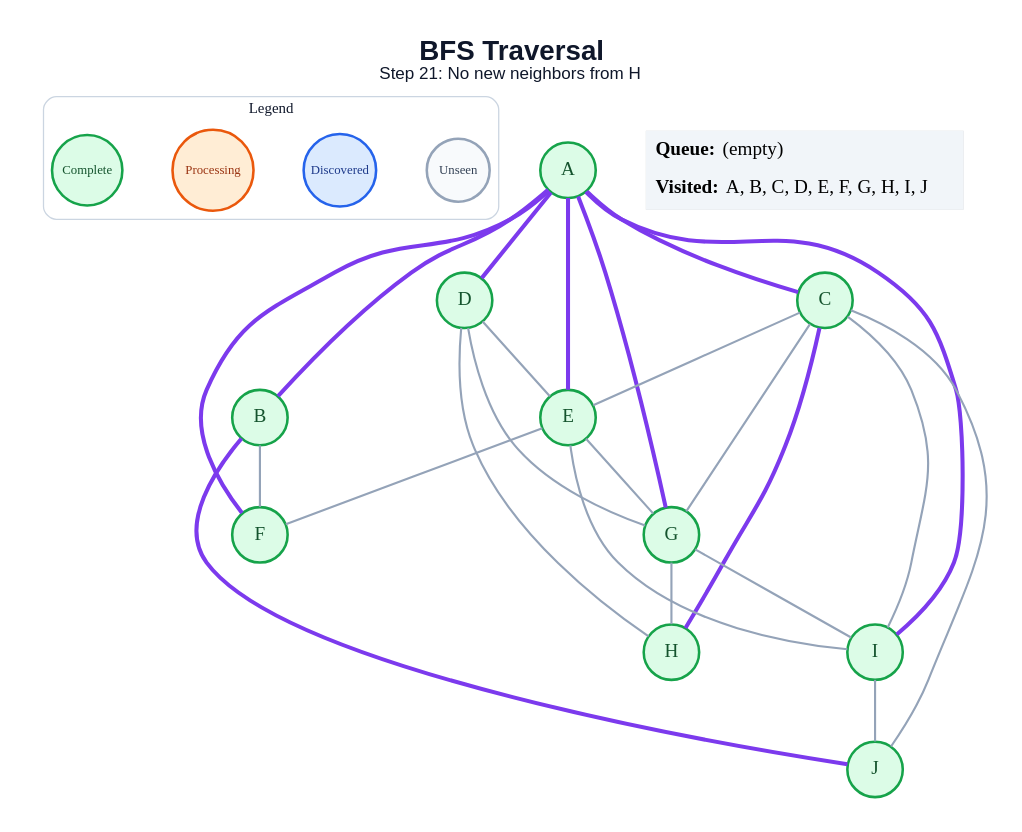
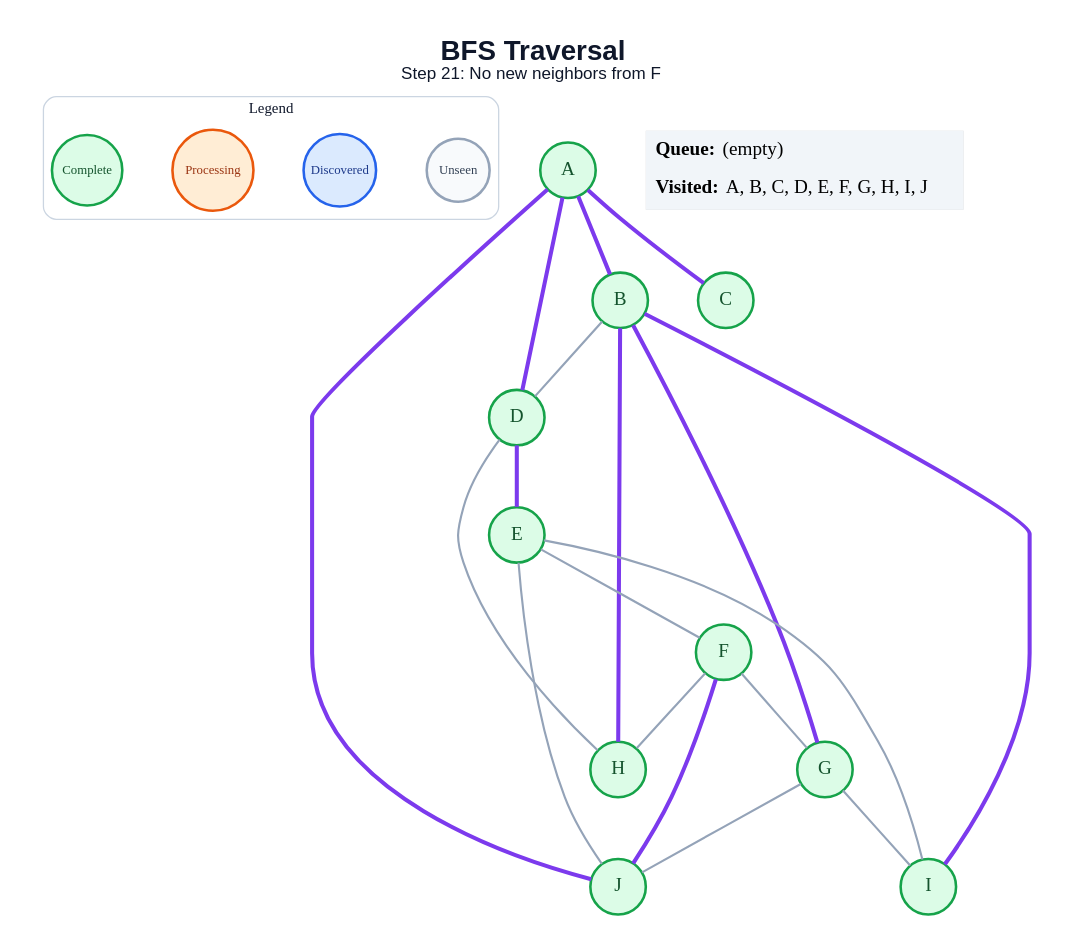
The diagram in generated/bfs/step_21.dot (anon7238593-create/ai-slop), drawn with Graphviz before and after one commit. The commit also changed 179 other files, not shown here.

```diff
--- a/generated/bfs/step_21.dot
+++ b/generated/bfs/step_21.dot
@@ -1,52 +1,47 @@
 graph traversal {
   graph [layout=dot, rankdir=TB, bgcolor="#FFFFFF", pad="0.35", nodesep="0.65", ranksep="0.8", fontname="Arial"];
   node [shape=circle, style="filled", fontname="Arial Bold", fontsize=18, width=0.72, fixedsize=true, penwidth=2.4];
   edge [color="#94A3B8", penwidth=2.0];
-  label=<<B>BFS Traversal</B><BR/><FONT POINT-SIZE="16">Step 21: No new neighbors from H</FONT>>; labelloc="t"; fontsize=26; fontname="Arial"; fontcolor="#0F172A";
+  label=<<B>BFS Traversal</B><BR/><FONT POINT-SIZE="16">Step 21: No new neighbors from F</FONT>>; labelloc="t"; fontsize=26; fontname="Arial"; fontcolor="#0F172A";
   subgraph cluster_legend { label="Legend"; color="#CBD5E1"; penwidth=1.2; style="rounded"; fontsize=14; fontname="Arial Bold";
     key_unseen [label="Unseen", fillcolor="#F8FAFC", color="#94A3B8", fontcolor="#334155", fontsize=12, width=0.82];
     key_frontier [label="Discovered", fillcolor="#DBEAFE", color="#2563EB", fontcolor="#1E3A8A", fontsize=12, width=0.95];
     key_current [label="Processing", fillcolor="#FFEDD5", color="#EA580C", fontcolor="#9A3412", fontsize=12, width=1.05];
     key_done [label="Complete", fillcolor="#DCFCE7", color="#16A34A", fontcolor="#14532D", fontsize=12, width=0.92];
     { rank=same; key_unseen; key_frontier; key_current; key_done; }
   }
   A [fillcolor="#DCFCE7", color="#16A34A", fontcolor="#14532D"];
   B [fillcolor="#DCFCE7", color="#16A34A", fontcolor="#14532D"];
   C [fillcolor="#DCFCE7", color="#16A34A", fontcolor="#14532D"];
   D [fillcolor="#DCFCE7", color="#16A34A", fontcolor="#14532D"];
   E [fillcolor="#DCFCE7", color="#16A34A", fontcolor="#14532D"];
   F [fillcolor="#DCFCE7", color="#16A34A", fontcolor="#14532D"];
   G [fillcolor="#DCFCE7", color="#16A34A", fontcolor="#14532D"];
   H [fillcolor="#DCFCE7", color="#16A34A", fontcolor="#14532D"];
   I [fillcolor="#DCFCE7", color="#16A34A", fontcolor="#14532D"];
   J [fillcolor="#DCFCE7", color="#16A34A", fontcolor="#14532D"];
   A -- B [color="#7C3AED", penwidth=3.8];
   A -- C [color="#7C3AED", penwidth=3.8];
   A -- D [color="#7C3AED", penwidth=3.8];
-  A -- E [color="#7C3AED", penwidth=3.8];
-  A -- F [color="#7C3AED", penwidth=3.8];
-  A -- G [color="#7C3AED", penwidth=3.8];
-  A -- I [color="#7C3AED", penwidth=3.8];
-  B -- F;
-  B -- J [color="#7C3AED", penwidth=3.8];
-  C -- E;
-  C -- G;
-  C -- H [color="#7C3AED", penwidth=3.8];
-  C -- I;
-  C -- J;
-  D -- E;
-  D -- G;
+  A -- J [color="#7C3AED", penwidth=3.8];
+  B -- D;
+  B -- G [color="#7C3AED", penwidth=3.8];
+  B -- H [color="#7C3AED", penwidth=3.8];
+  B -- I [color="#7C3AED", penwidth=3.8];
+  D -- E [color="#7C3AED", penwidth=3.8];
   D -- H;
   E -- F;
-  E -- G;
   E -- I;
-  G -- H;
+  E -- J;
+  F -- G;
+  F -- H;
+  F -- J [color="#7C3AED", penwidth=3.8];
   G -- I;
-  I -- J;
+  G -- J;
   status [shape=plain, fixedsize=false, width=0, height=0, margin=0, label=<
     <TABLE BORDER="0" CELLBORDER="0" CELLPADDING="7" BGCOLOR="#F1F5F9">
       <TR><TD ALIGN="LEFT"><B>Queue:</B> (empty)</TD></TR>
       <TR><TD ALIGN="LEFT"><B>Visited:</B> A, B, C, D, E, F, G, H, I, J</TD></TR>
     </TABLE>
   >];
 }
```
